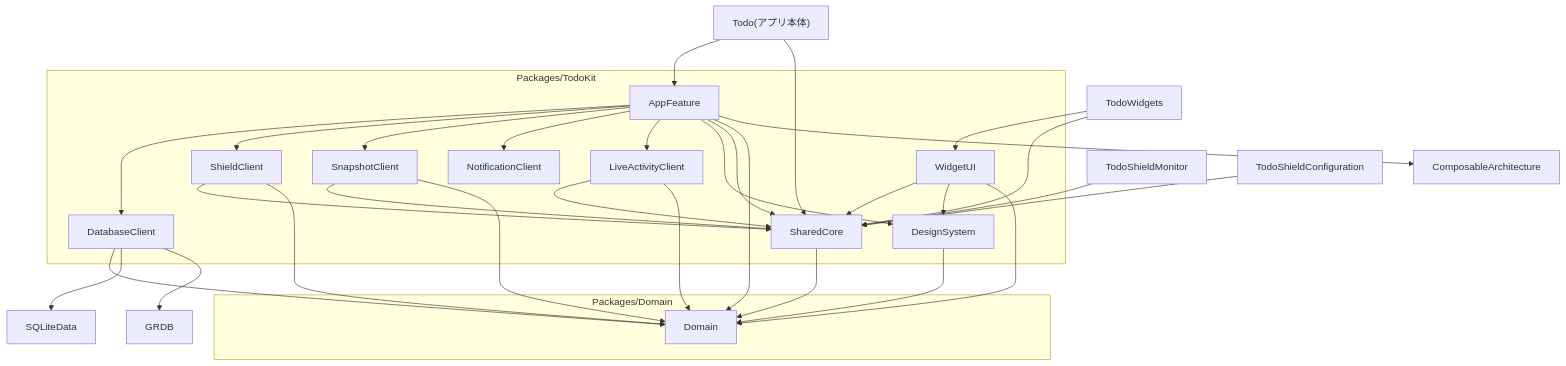
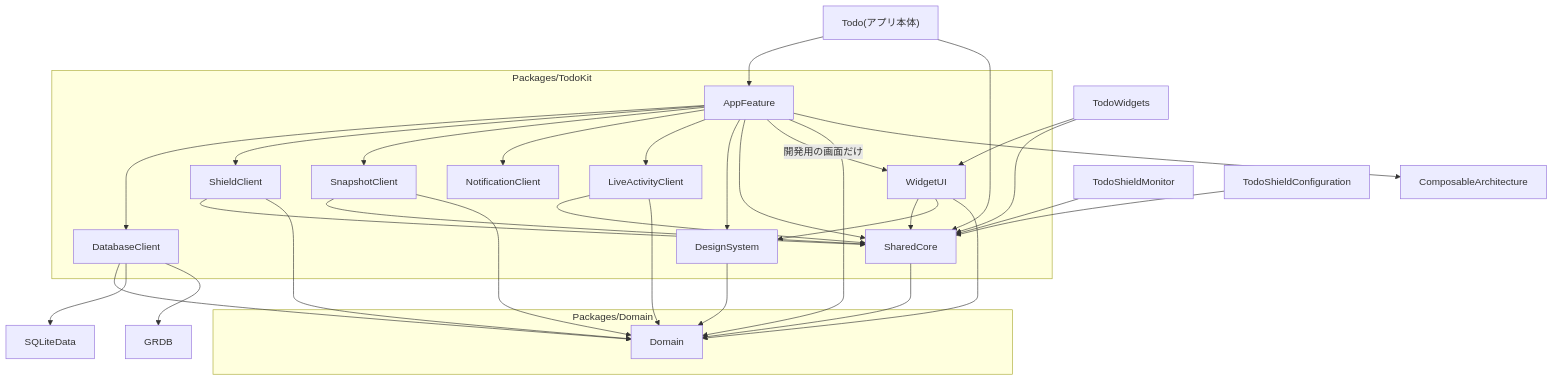
The first of 2 diagrams in docs/engineering/architecture.md (TaiyoYamada/todo), drawn with Mermaid before and after one commit. The commit also changed other lines of this file, not shown here.

````diff
--- a/docs/engineering/architecture.md
+++ b/docs/engineering/architecture.md
@@ -64,41 +66,42 @@
 ```mermaid
 flowchart TD
     App["Todo(アプリ本体)"] --> AppFeature
     App --> SharedCore
     Widgets["TodoWidgets"] --> WidgetUI
     Widgets --> SharedCore
     Monitor["TodoShieldMonitor"] --> SharedCore
     ShieldConfig["TodoShieldConfiguration"] --> SharedCore
 
     subgraph TodoKit["Packages/TodoKit"]
         AppFeature --> DatabaseClient
         AppFeature --> ShieldClient
         AppFeature --> SnapshotClient
         AppFeature --> NotificationClient
         AppFeature --> LiveActivityClient
         AppFeature --> DesignSystem
         AppFeature --> SharedCore
+        AppFeature -->|"開発用の画面だけ"| WidgetUI
         ShieldClient --> SharedCore
         SnapshotClient --> SharedCore
         LiveActivityClient --> SharedCore
         WidgetUI --> SharedCore
         WidgetUI --> DesignSystem
     end
 
     subgraph DomainPackage["Packages/Domain"]
         Domain
     end
 
     AppFeature --> Domain
     DatabaseClient --> Domain
     ShieldClient --> Domain
     SnapshotClient --> Domain
     LiveActivityClient --> Domain
     WidgetUI --> Domain
     SharedCore --> Domain
     DesignSystem --> Domain
 
     AppFeature --> TCA["ComposableArchitecture"]
     DatabaseClient --> SQLiteData
     DatabaseClient --> GRDB
 ```
````
